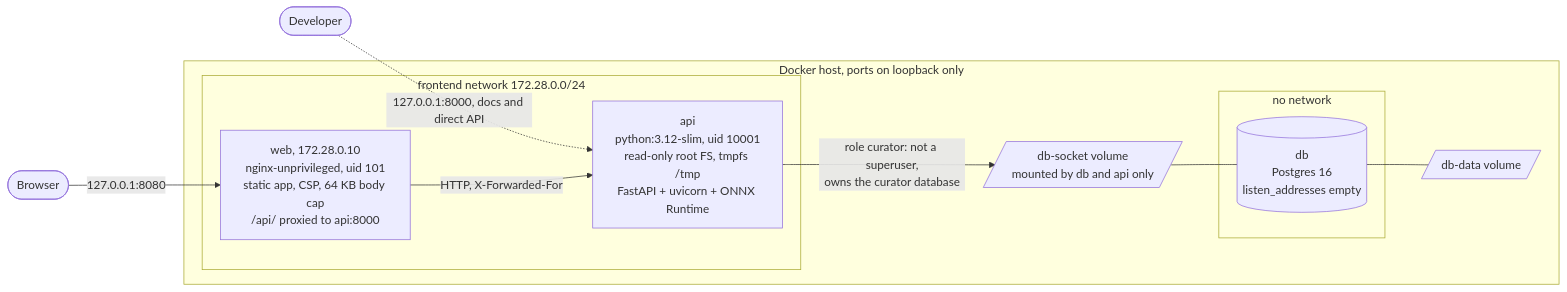
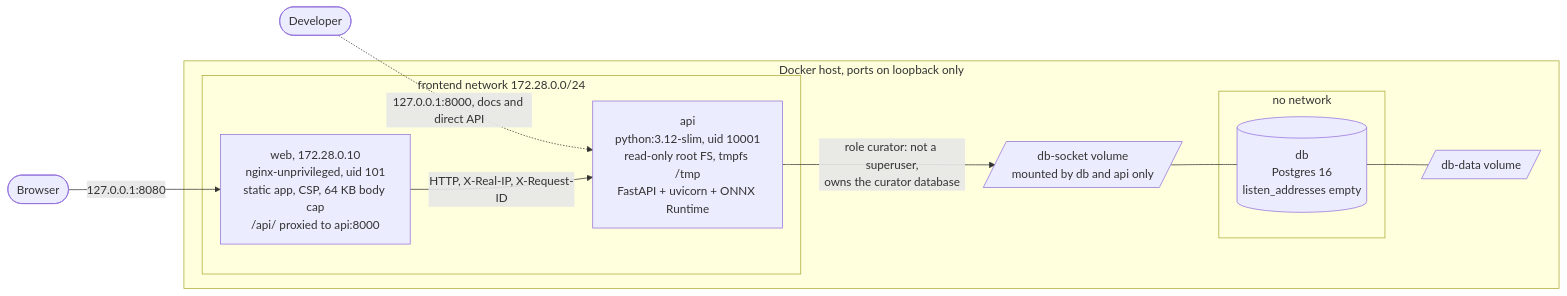
The first of 5 diagrams in docs/architecture/online.md (amit-badave-04/hotel-curator), drawn with Mermaid before and after one commit. The commit also changed other lines of this file and 39 other files, not shown here.

````diff
--- a/docs/architecture/online.md
+++ b/docs/architecture/online.md
@@ -11,20 +11,20 @@
 ```mermaid
 flowchart LR
   user([Browser]) -->|127.0.0.1:8080| web
   dev([Developer]) -.->|127.0.0.1:8000, docs and direct API| api
   subgraph host[Docker host, ports on loopback only]
     subgraph fe[frontend network 172.28.0.0/24]
       web[web, 172.28.0.10<br/>nginx-unprivileged, uid 101<br/>static app, CSP, 64 KB body cap<br/>/api/ proxied to api:8000]
       api[api<br/>python:3.12-slim, uid 10001<br/>read-only root FS, tmpfs /tmp<br/>FastAPI + uvicorn + ONNX Runtime]
     end
     subgraph nonet[no network]
       db[(db<br/>Postgres 16<br/>listen_addresses empty)]
     end
     sock[/db-socket volume<br/>mounted by db and api only/]
     data[/db-data volume/]
   end
-  web -->|HTTP, X-Forwarded-For| api
+  web -->|HTTP, X-Real-IP, X-Request-ID| api
   api -->|role curator: not a superuser,<br/>owns the curator database| sock
   sock --- db
   db --- data
 ```
````
